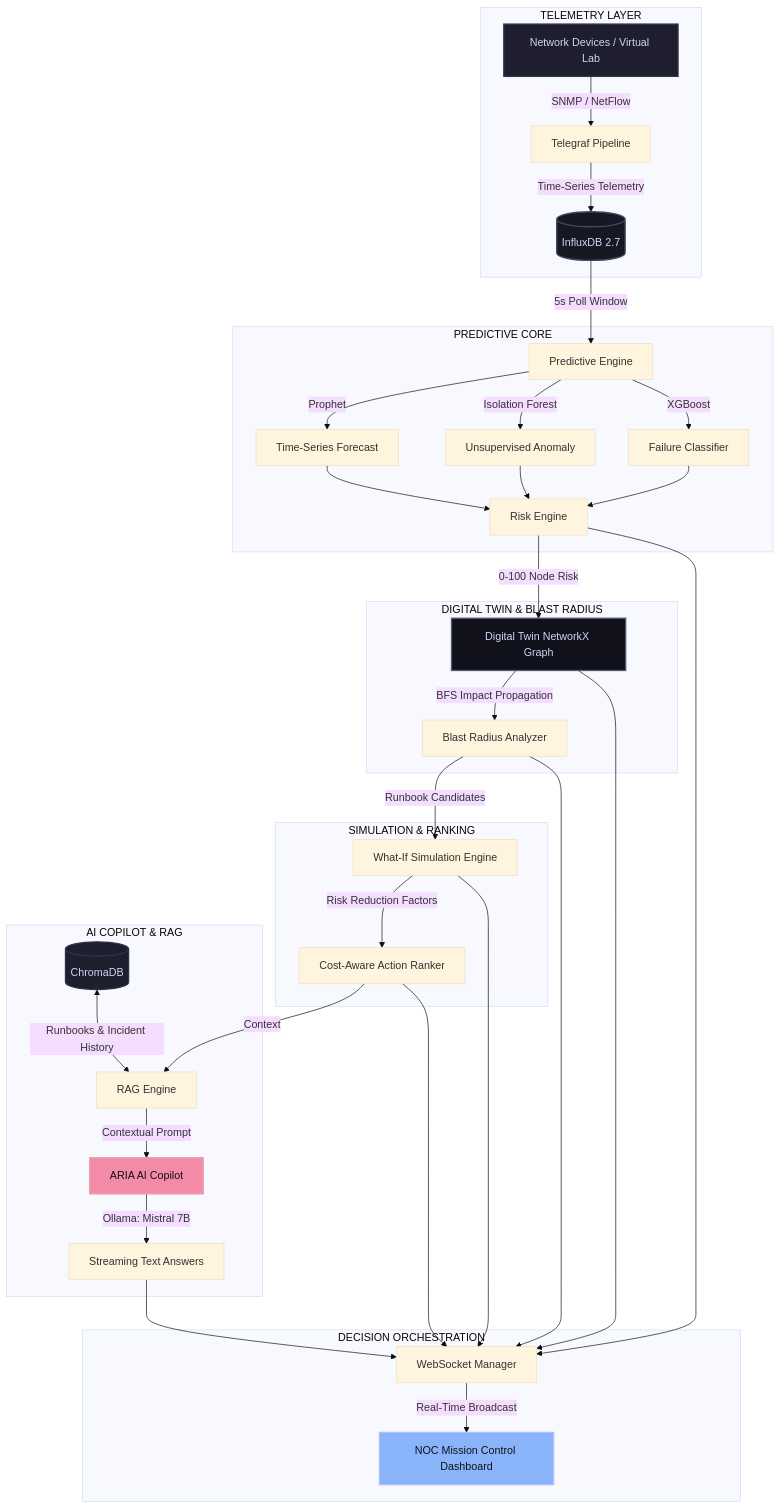
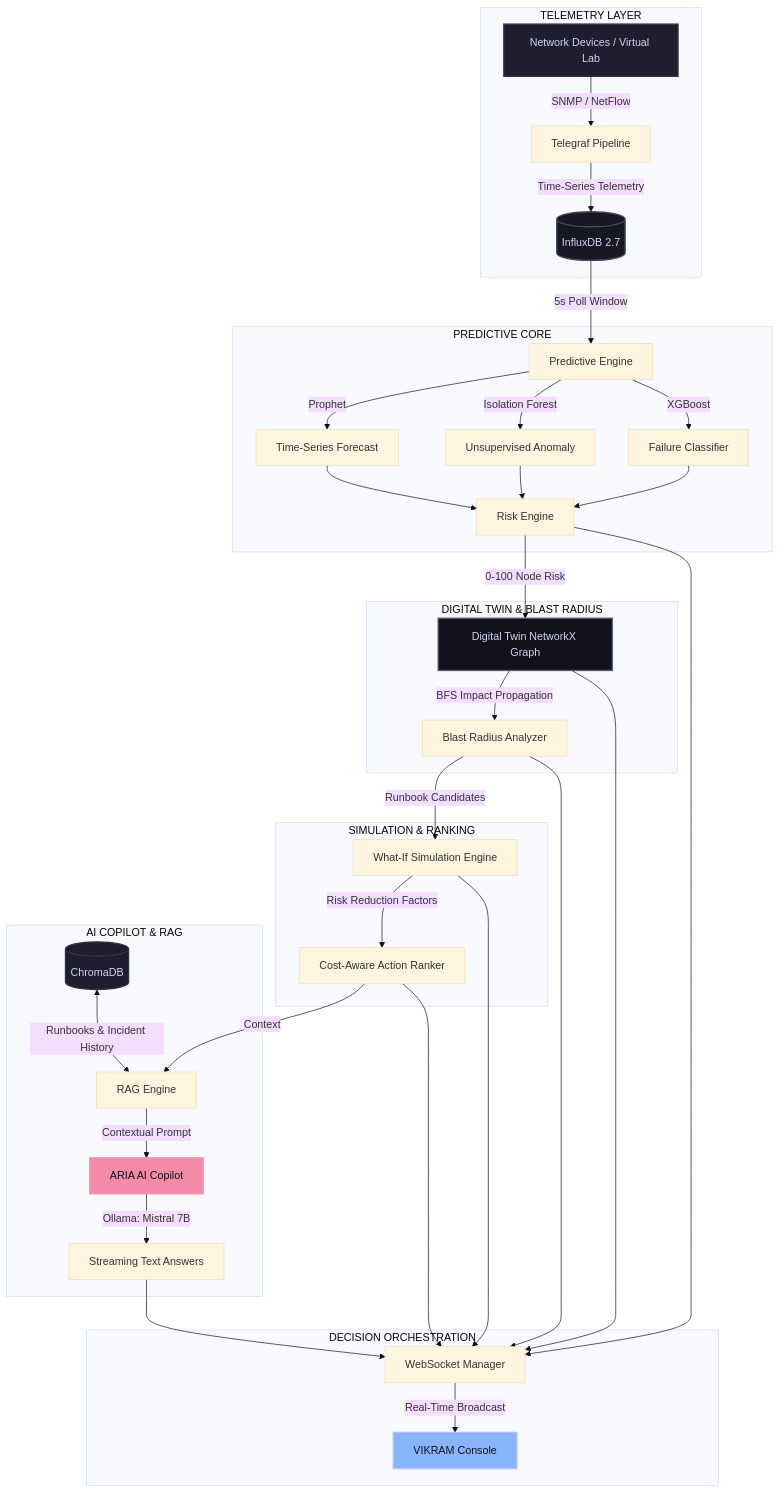
Before and after one commit to Ajinkya00Magar/VIKRAM: the diagram in README.md, drawn with Mermaid (base theme). The commit also changed other lines of this file and 53 other files, not shown here.

````diff
--- a/README.md
+++ b/README.md
@@ -17,44 +16,44 @@
 ```mermaid
 graph TD
     subgraph TELEMETRY LAYER
         A[Network Devices / Virtual Lab] -->|SNMP / NetFlow| B[Telegraf Pipeline]
         B -->|Time-Series Telemetry| C[(InfluxDB 2.7)]
     end
 
     subgraph PREDICTIVE CORE
         C -->|5s Poll Window| D[Predictive Engine]
         D -->|Prophet| D1[Time-Series Forecast]
         D -->|Isolation Forest| D2[Unsupervised Anomaly]
         D -->|XGBoost| D3[Failure Classifier]
         D1 & D2 & D3 --> E[Risk Engine]
     end
 
     subgraph DIGITAL TWIN & BLAST RADIUS
         E -->|0-100 Node Risk| F[Digital Twin NetworkX Graph]
         F -->|BFS Impact Propagation| G[Blast Radius Analyzer]
     end
 
     subgraph SIMULATION & RANKING
         G -->|Runbook Candidates| H[What-If Simulation Engine]
         H -->|Risk Reduction Factors| I[Cost-Aware Action Ranker]
     end
 
     subgraph AI COPILOT & RAG
         I -->|Context| J[RAG Engine]
         K[(ChromaDB)] <-->|Runbooks & Incident History| J
         J -->|Contextual Prompt| L[ARIA AI Copilot]
         L -->|Ollama: Mistral 7B| L1[Streaming Text Answers]
     end
 
     subgraph DECISION ORCHESTRATION
         F & E & G & H & I & L1 --> M[WebSocket Manager]
-        M -->|Real-Time Broadcast| N[NOC Mission Control Dashboard]
+        M -->|Real-Time Broadcast| N[VIKRAM Console]
     end
 
     style A fill:#1e1e2e,stroke:#313244,stroke-width:2px,color:#cdd6f4
     style C fill:#181825,stroke:#45475a,stroke-width:2px,color:#cdd6f4
     style F fill:#11111b,stroke:#585b70,stroke-width:2px,color:#cdd6f4
     style K fill:#1e1e2e,stroke:#313244,stroke-width:2px,color:#cdd6f4
     style L fill:#f38ba8,stroke:#eba0ac,stroke-width:2px,color:#11111b
     style N fill:#89b4fa,stroke:#b4befe,stroke-width:2px,color:#11111b
 ```
````
